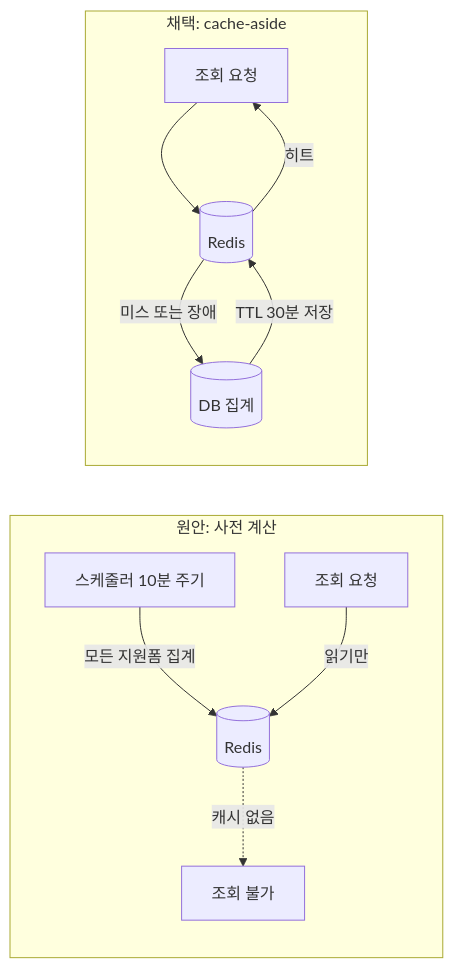
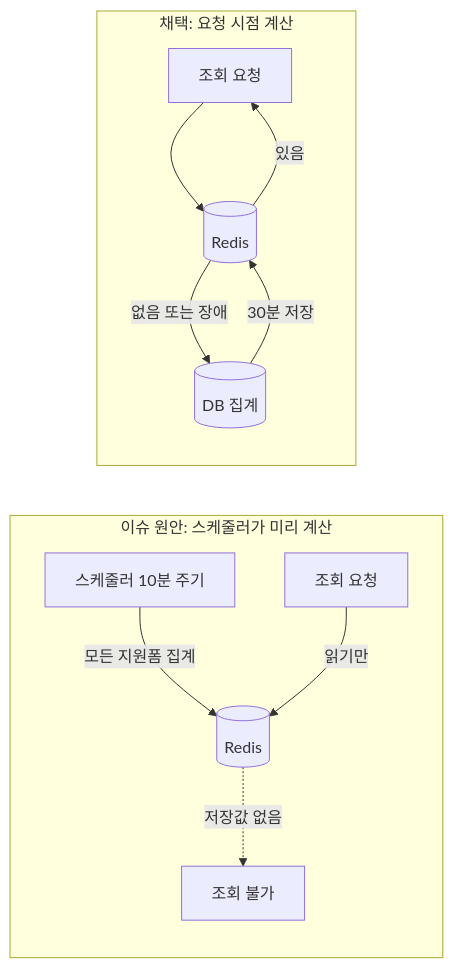
The diagram in _posts/2026-08-18-statistics-cache-aside.md (gary5876/portfolio), drawn with Mermaid before and after one commit. The commit also changed other lines of this file and 1 other file, not shown here.

````diff
--- a/_posts/2026-08-18-statistics-cache-aside.md
+++ b/_posts/2026-08-18-statistics-cache-aside.md
@@ -47,14 +49,14 @@
 ```mermaid
 flowchart LR
-    subgraph before["원안: 사전 계산"]
+    subgraph before["이슈 원안: 스케줄러가 미리 계산"]
         S[스케줄러 10분 주기] -->|모든 지원폼 집계| R1[(Redis)]
         Q1[조회 요청] -->|읽기만| R1
-        R1 -.->|캐시 없음| X[조회 불가]
+        R1 -.->|저장값 없음| X[조회 불가]
     end
-    subgraph after["채택: cache-aside"]
+    subgraph after["채택: 요청 시점 계산"]
         Q2[조회 요청] --> R2[(Redis)]
-        R2 -->|히트| Q2
-        R2 -->|미스 또는 장애| DB[(DB 집계)]
-        DB -->|TTL 30분 저장| R2
+        R2 -->|있음| Q2
+        R2 -->|없음 또는 장애| DB[(DB 집계)]
+        DB -->|30분 저장| R2
     end
 ```
````
